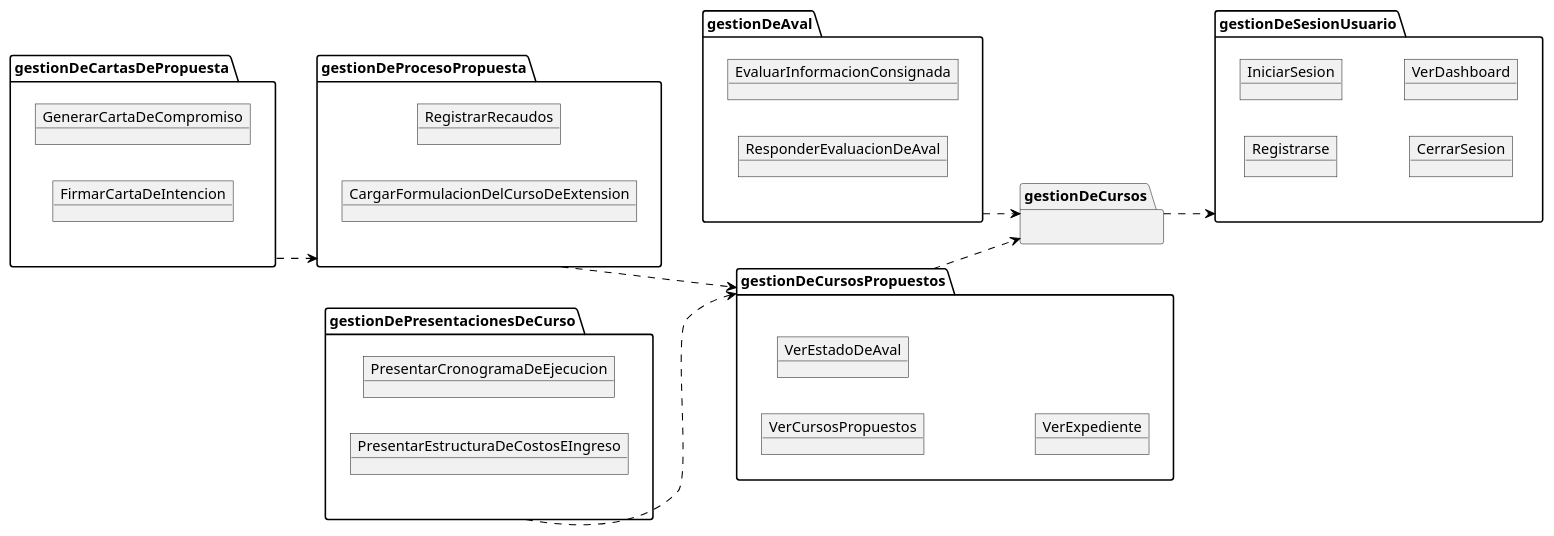
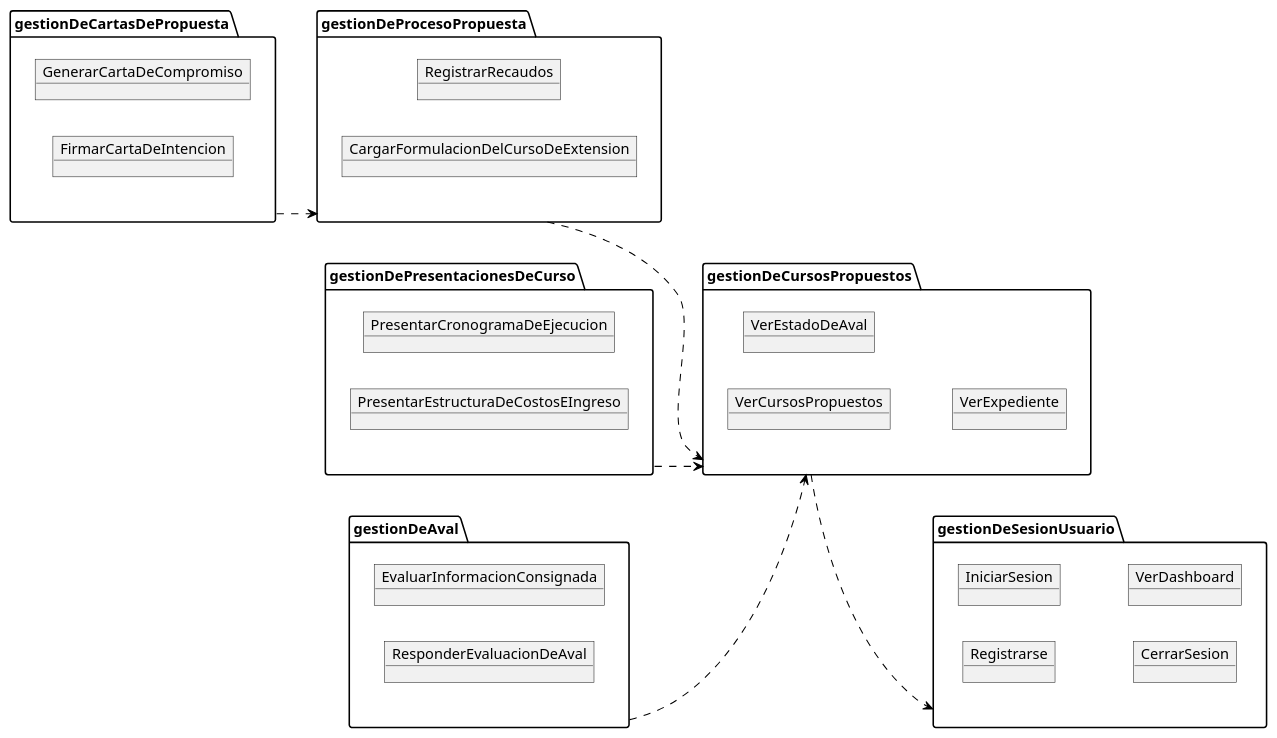
One commit to Samantha-Ramirez/ProyectoEquipo7ING changed the diagram in docs/scenariosView/DisciplinaDeAnalisis/DiagramaDePaquetes.plantUML. Above: the diagram before and after it, drawn with PlantUML. The commit also changed 4 other files, not shown here.

Commit message:
Modificacion diagrama de paquetes y despliegue 2707

```diff
--- a/docs/scenariosView/DisciplinaDeAnalisis/DiagramaDePaquetes.plantUML
+++ b/docs/scenariosView/DisciplinaDeAnalisis/DiagramaDePaquetes.plantUML
@@ -1,52 +1,54 @@
 @startuml DiagramaDePaquetes
 left to right direction
 
-package "gestionDeCursos" as G_cursos{
-    'object CursoDeExtension
-} 
+' package "gestionDeCursos" as G_cursos{
+'     object CursoDeExtension
+' } 
 
 package "gestionDeCursosPropuestos" as G_cursosPropuestos{
     object VerCursosPropuestos
     object VerEstadoDeAval
     object VerExpediente
 }
 
 package "gestionDeProcesoPropuesta" as G_propuesta{
     object RegistrarRecaudos
     object CargarFormulacionDelCursoDeExtension
 }
 
 package "gestionDePresentacionesDeCurso" as G_presentaciones{
     object PresentarCronogramaDeEjecucion
     object PresentarEstructuraDeCostosEIngreso
 }
 
 package "gestionDeAval" as G_aval{
     object EvaluarInformacionConsignada
     object ResponderEvaluacionDeAval
 }
 
 package "gestionDeCartasDePropuesta" as G_cartas{
     object GenerarCartaDeCompromiso
     object FirmarCartaDeIntencion
 }
 
 
 package "gestionDeSesionUsuario" as G_user {
     object Registrarse
     object IniciarSesion
     object CerrarSesion
     object VerDashboard
 }
 
-G_cursos --> G_user #Black;line.dashed;
-G_aval --> G_cursos #Black;line.dashed;
-G_cursosPropuestos --> G_cursos #Black;line.dashed;
-G_propuesta --> G_cursosPropuestos #Black;line.dashed;
-G_cartas --> G_propuesta #Black;line.dashed;
-G_presentaciones --> G_cursosPropuestos #Black;line.dashed;
-'G_aval --> G_user #Black;line.dashed;
-'G_cursosPropuestos ----> G_user #Black;line.dashed;
-'G_propuesta ------> G_user #Black;line.dashed;
+G_cursosPropuestos -d-> G_user #Black;line.dashed;
+' G_cursosPropuestos --> G_cursos #Black;line.dashed;
+
+
+G_presentaciones -d-> G_cursosPropuestos #Black;line.dashed;
+G_aval -d-> G_cursosPropuestos #Black;line.dashed;
+G_propuesta -d-> G_cursosPropuestos #Black;line.dashed;
+G_cartas -d-> G_propuesta #Black;line.dashed;
+' G_aval --> G_user #Black;line.dashed;
+' G_cursosPropuestos ----> G_user #Black;line.dashed;
+' G_propuesta ------> G_user #Black;line.dashed;
 
 @enduml
```
